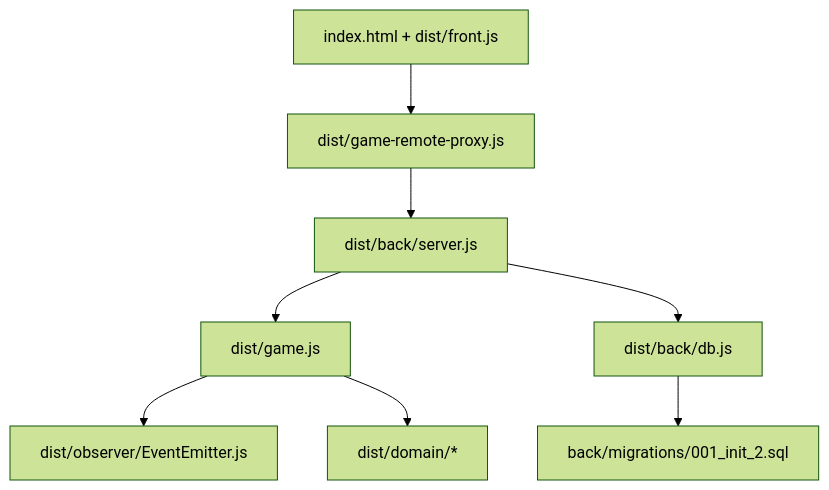
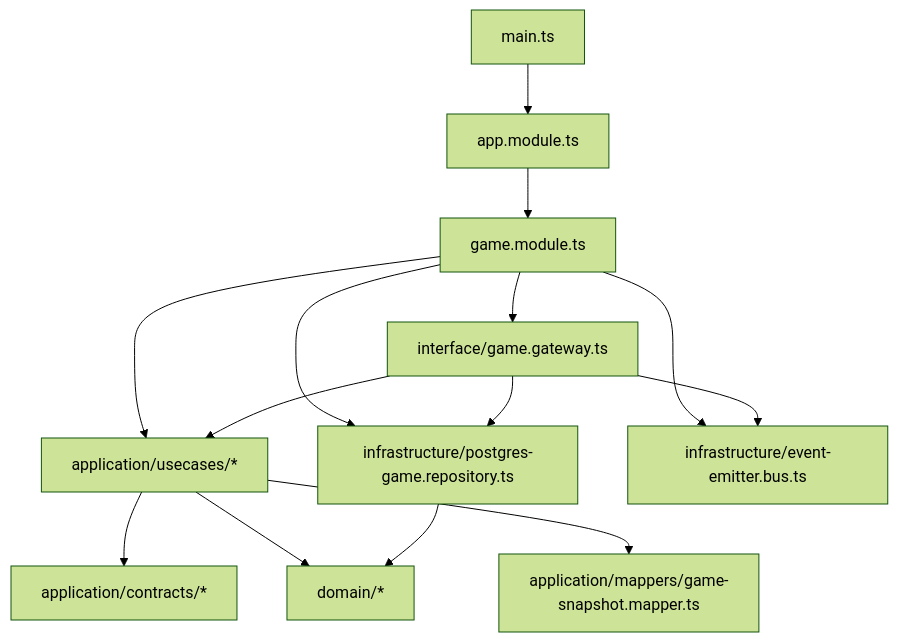
One commit to Alexander0Yusov/catch-the-google changed the second of 3 diagrams in README.en.md. Above: the diagram before and after it, drawn with Mermaid (forest theme). The commit also changed other lines of this file, not shown here.

````diff
--- a/README.en.md
+++ b/README.en.md
@@ -187,10 +139,16 @@
 ```mermaid
 graph TD
-  UI[index.html + dist/front.js] --> RP[dist/game-remote-proxy.js]
-  RP --> WS[dist/back/server.js]
-  WS --> GAME[dist/game.js]
-  GAME --> OBS[dist/observer/EventEmitter.js]
-  GAME --> DOMAIN[dist/domain/*]
-  WS --> DB[dist/back/db.js]
-  DB --> SQL[back/migrations/001_init_2.sql]
+  Main[main.ts] --> AppModule[app.module.ts]
+  AppModule --> GameModule[game.module.ts]
+  GameModule --> Gateway[interface/game.gateway.ts]
+  GameModule --> UCs[application/usecases/*]
+  GameModule --> Repo[infrastructure/postgres-game.repository.ts]
+  GameModule --> Bus[infrastructure/event-emitter.bus.ts]
+  UCs --> Contracts[application/contracts/*]
+  UCs --> Domain[domain/*]
+  UCs --> Mapper[application/mappers/game-snapshot.mapper.ts]
+  Repo --> Domain
+  Gateway --> UCs
+  Gateway --> Repo
+  Gateway --> Bus
 ```
````
